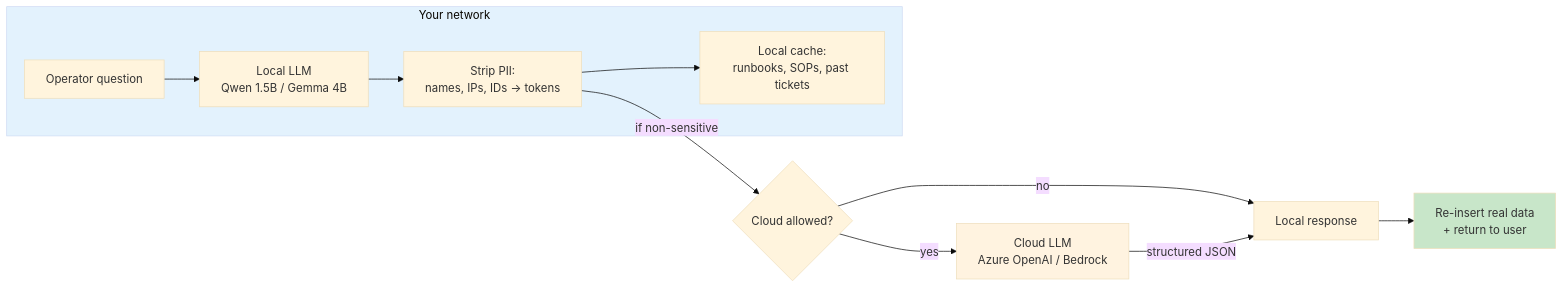
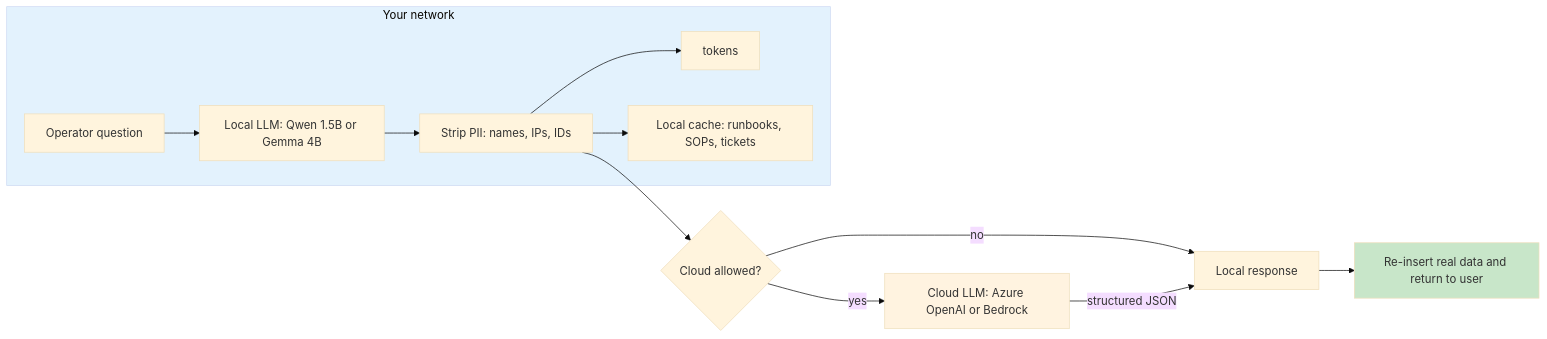
The diagram in docs/index.md (aiwithr/ai_llm), drawn with Mermaid (base theme) before and after one commit. The commit also changed 1 other file, not shown here.

Commit message:
fix(mermaid): rewrite home-page diagram to Mermaid 10-safe syntax
The local-gateway diagram on the home page used a `subgraph` with a quoted
label and a `→` inside a node label. Mermaid 10's renderer could not parse
the combination, so the page dumped the raw Mermaid source instead of
rendering the diagram (the other `subgraph` diagrams on the site, e.g.
`docs/architecture/index.md`, use the same quoted-label pattern but no
arrow inside a label and they render correctly).

Changes:
- Replace `subgraph Local["Your network"]` with `subgraph local_net[Your network]`
  (lowercase id, no quoted label)
- Move the `→` outside the node label (a separate `T[tokens]` node now)
  so Mermaid's tokenizer is happy
- Switch `X -- "no" -->` to `X -- no -->` (unquoted edge label)

Also fix a broken anchor introduced in the prior `index.md` rewrite:
- `docs/adoption/discover.md` linked to `#can-we-avoid-cloud-llms`, which I
  renamed to `#the-decision-local-or-cloud`. Update the link.
- mkdocs build now passes --strict with only the 4 pre-existing baseline
  warnings (was 5 after the index rewrite; back to 4).

````diff
--- a/docs/index.md
+++ b/docs/index.md
@@ -31,17 +31,18 @@
 ```mermaid
 flowchart LR
-    subgraph Local["Your network"]
-        U[Operator question] --> L[Local LLM<br/>Qwen 1.5B / Gemma 4B]
-        L --> S[Strip PII:<br/>names, IPs, IDs → tokens]
-        S --> C[Local cache:<br/>runbooks, SOPs, past tickets]
+    subgraph local_net[Your network]
+        U[Operator question] --> L[Local LLM: Qwen 1.5B or Gemma 4B]
+        L --> S[Strip PII: names, IPs, IDs]
+        S --> T[tokens]
+        S --> C[Local cache: runbooks, SOPs, tickets]
     end
-    S -- "if non-sensitive" --> X{Cloud allowed?}
-    X -- "no" --> R[Local response]
-    X -- "yes" --> A[Cloud LLM<br/>Azure OpenAI / Bedrock]
-    A -- "structured JSON" --> R
-    R --> V[Re-insert real data<br/>+ return to user]
+    S --> X{Cloud allowed?}
+    X -- no --> R[Local response]
+    X -- yes --> A[Cloud LLM: Azure OpenAI or Bedrock]
+    A -- structured JSON --> R
+    R --> V[Re-insert real data and return to user]
 
-    style Local fill:#e3f2fd
+    style local_net fill:#e3f2fd
     style A fill:#fff3e0
     style V fill:#c8e6c9
 ```
````
